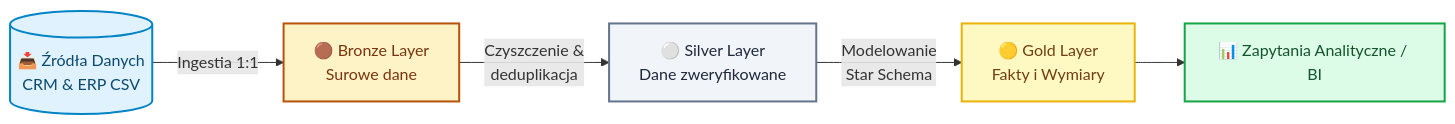
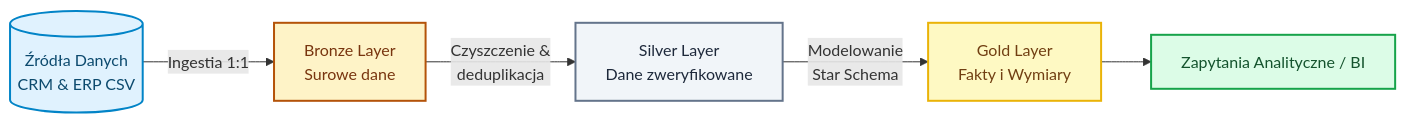
The diagram in README.md (LukaszHolowacz/sql-data-warehouse-learn), drawn with Mermaid before and after one commit. The commit also changed other lines of this file, not shown here.

````diff
--- a/README.md
+++ b/README.md
@@ -22,13 +21,13 @@
 ```mermaid
 flowchart LR
-    A[(📥 Źródła Danych<br/>CRM & ERP CSV)] -->|Ingestia 1:1| B[🟤 Bronze Layer<br/>Surowe dane]
-    B -->|Czyszczenie &<br/>deduplikacja| C[⚪ Silver Layer<br/>Dane zweryfikowane]
-    C -->|Modelowanie<br/>Star Schema| D[🟡 Gold Layer<br/>Fakty i Wymiary]
-    D --> E[📊 Zapytania Analityczne / BI]
+    A[(Źródła Danych<br/>CRM & ERP CSV)] -->|Ingestia 1:1| B[Bronze Layer<br/>Surowe dane]
+    B -->|Czyszczenie &<br/>deduplikacja| C[Silver Layer<br/>Dane zweryfikowane]
+    C -->|Modelowanie<br/>Star Schema| D[Gold Layer<br/>Fakty i Wymiary]
+    D --> E[Zapytania Analityczne / BI]
 
     style A fill:#e0f2fe,stroke:#0284c7,stroke-width:2px,color:#0c4a6e
     style B fill:#fef3c7,stroke:#b45309,stroke-width:2px,color:#78350f
     style C fill:#f1f5f9,stroke:#64748b,stroke-width:2px,color:#1e293b
     style D fill:#fef9c3,stroke:#eab308,stroke-width:2px,color:#713f12
     style E fill:#dcfce7,stroke:#16a34a,stroke-width:2px,color:#14532d
 ```
````
